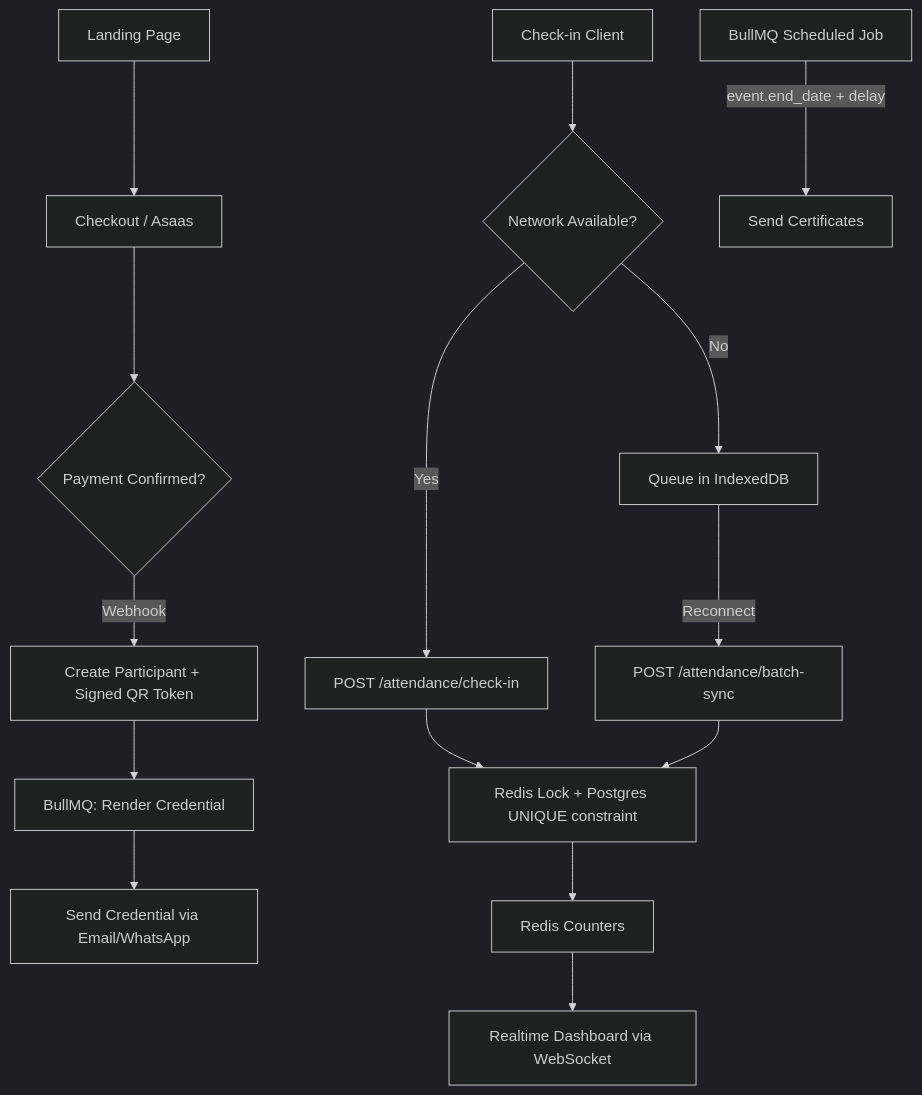
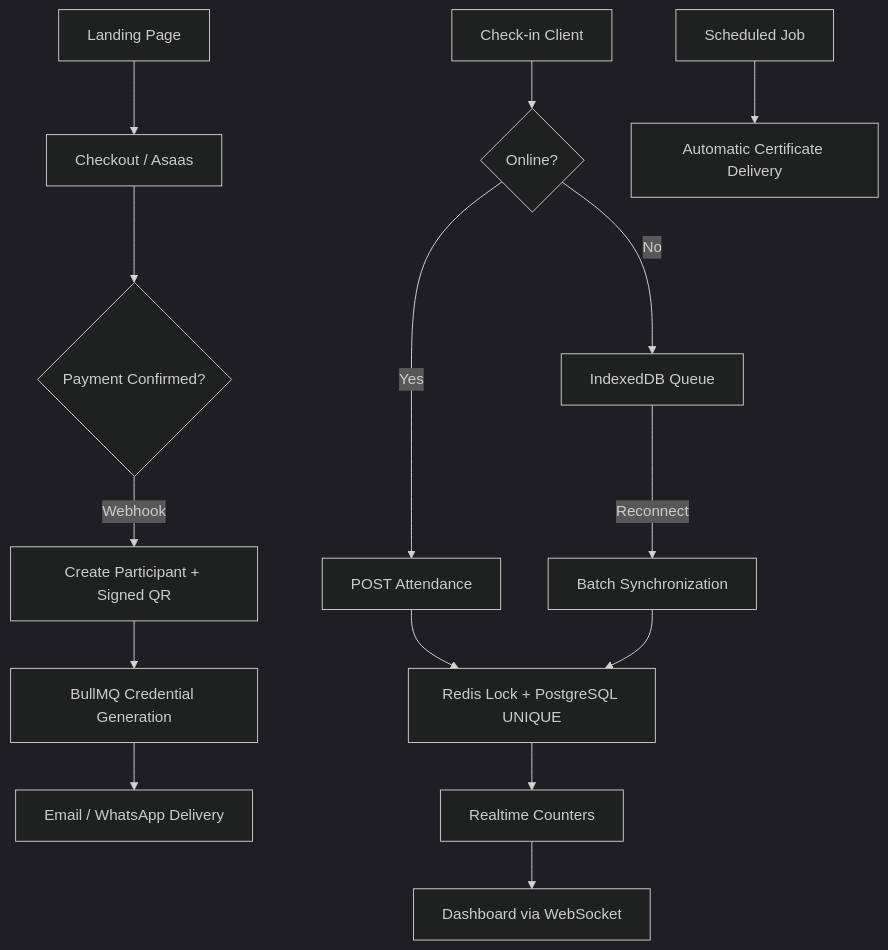
The diagram in README.md (Castro-arch/Entter), drawn with Mermaid (dark theme) before and after one commit. The commit also changed other lines of this file, not shown here.

````diff
--- a/README.md
+++ b/README.md
@@ -48,19 +75,25 @@
 ```mermaid
 flowchart TD
     A[Landing Page] --> B[Checkout / Asaas]
     B --> C{Payment Confirmed?}
-    C -->|Webhook| D[Create Participant + Signed QR Token]
-    D --> E[BullMQ: Render Credential]
-    E --> F[Send Credential via Email/WhatsApp]
 
-    G[Check-in Client] --> H{Network Available?}
-    H -->|Yes| I[POST /attendance/check-in]
-    H -->|No| J[Queue in IndexedDB]
-    J -->|Reconnect| K[POST /attendance/batch-sync]
-    I --> L[Redis Lock + Postgres UNIQUE constraint]
+    C -->|Webhook| D[Create Participant + Signed QR]
+    D --> E[BullMQ Credential Generation]
+    E --> F[Email / WhatsApp Delivery]
+
+    G[Check-in Client] --> H{Online?}
+
+    H -->|Yes| I[POST Attendance]
+    H -->|No| J[IndexedDB Queue]
+
+    J -->|Reconnect| K[Batch Synchronization]
+
+    I --> L[Redis Lock + PostgreSQL UNIQUE]
     K --> L
-    L --> M[Redis Counters]
-    M --> N[Realtime Dashboard via WebSocket]
 
-    O[BullMQ Scheduled Job] -->|event.end_date + delay| P[Send Certificates]
+    L --> M[Realtime Counters]
+    M --> N[Dashboard via WebSocket]
+
+    O[Scheduled Job]
+    O --> P[Automatic Certificate Delivery]
 ```
````
